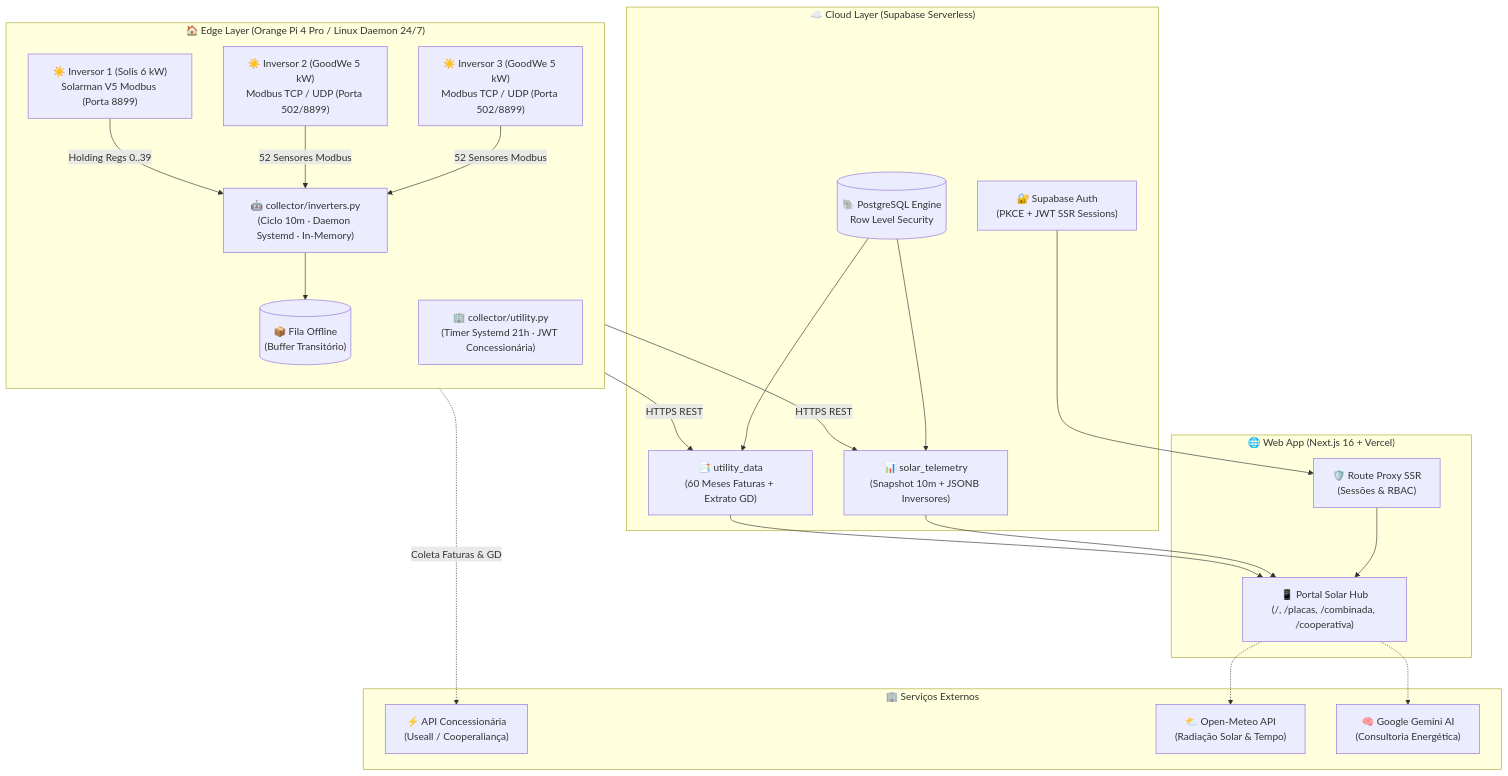
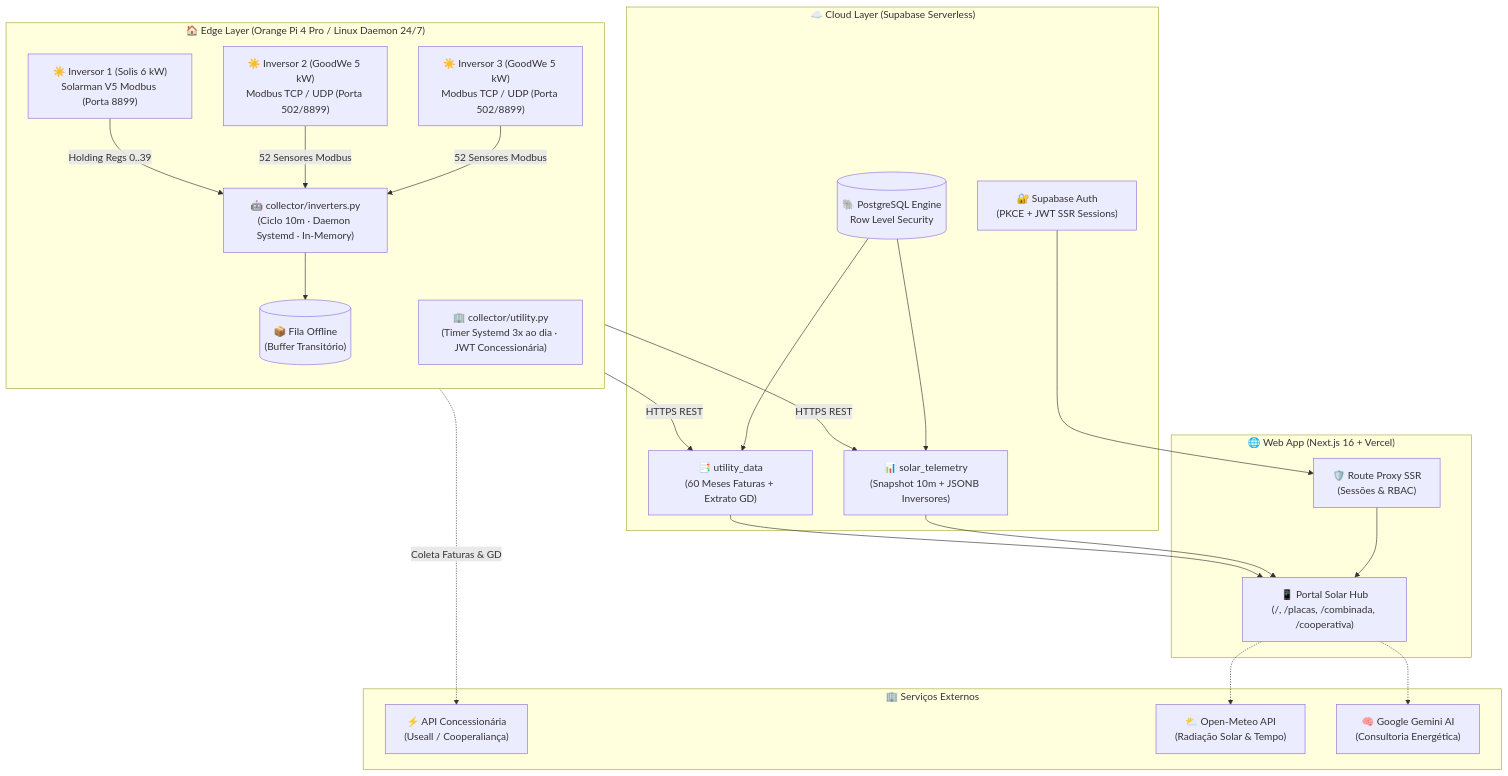
Before and after one commit to DiegoHahn/Solar-hub: the diagram in README.md, drawn with Mermaid. The commit also changed other lines of this file and 4 other files, not shown here.

````diff
--- a/README.md
+++ b/README.md
@@ -41,50 +41,50 @@
 ```mermaid
 flowchart TB
     subgraph Edge["🏠 Edge Layer (Orange Pi 4 Pro / Linux Daemon 24/7)"]
         direction TB
         INV1["☀️ Inversor 1 (Solis 6 kW)\nSolarman V5 Modbus (Porta 8899)"]
         INV2["☀️ Inversor 2 (GoodWe 5 kW)\nModbus TCP / UDP (Porta 502/8899)"]
         INV3["☀️ Inversor 3 (GoodWe 5 kW)\nModbus TCP / UDP (Porta 502/8899)"]
 
         COLLECTOR["🤖 collector/inverters.py\n(Ciclo 10m · Daemon Systemd · In-Memory)"]
-        UTILITY["🏢 collector/utility.py\n(Timer Systemd 21h · JWT Concessionária)"]
+        UTILITY["🏢 collector/utility.py\n(Timer Systemd 3x ao dia · JWT Concessionária)"]
         RETRY_QUEUE[("📦 Fila Offline\n(Buffer Transitório)")]
 
         INV1 -->|Holding Regs 0..39| COLLECTOR
         INV2 -->|52 Sensores Modbus| COLLECTOR
         INV3 -->|52 Sensores Modbus| COLLECTOR
 
         COLLECTOR --> RETRY_QUEUE
     end
 
     subgraph Cloud["☁️ Cloud Layer (Supabase Serverless)"]
         POSTGRES[("🐘 PostgreSQL Engine\nRow Level Security")]
         TABLE_TEL["📊 solar_telemetry\n(Snapshot 10m + JSONB Inversores)"]
         TABLE_UTL["📑 utility_data\n(60 Meses Faturas + Extrato GD)"]
         AUTH["🔐 Supabase Auth\n(PKCE + JWT SSR Sessions)"]
 
         POSTGRES --> TABLE_TEL
         POSTGRES --> TABLE_UTL
     end
 
     subgraph External["🏢 Serviços Externos"]
         COOP_API["⚡ API Concessionária\n(Useall / Cooperaliança)"]
         OPEN_METEO["⛅ Open-Meteo API\n(Radiação Solar & Tempo)"]
         GEMINI["🧠 Google Gemini AI\n(Consultoria Energética)"]
     end
 
     subgraph Frontend["🌐 Web App (Next.js 16 + Vercel)"]
         DASH["📱 Portal Solar Hub\n(/, /placas, /combinada, /cooperativa)"]
         PROXY["🛡️ Route Proxy SSR\n(Sessões & RBAC)"]
     end
 
     COLLECTOR -->|HTTPS REST| TABLE_TEL
     UTILITY -->|HTTPS REST| TABLE_UTL
     UTILITY -.->|Coleta Faturas & GD| COOP_API
     DASH -.-> OPEN_METEO
     DASH -.-> GEMINI
     PROXY --> DASH
     AUTH --> PROXY
     TABLE_TEL --> DASH
     TABLE_UTL --> DASH
 ```
````
